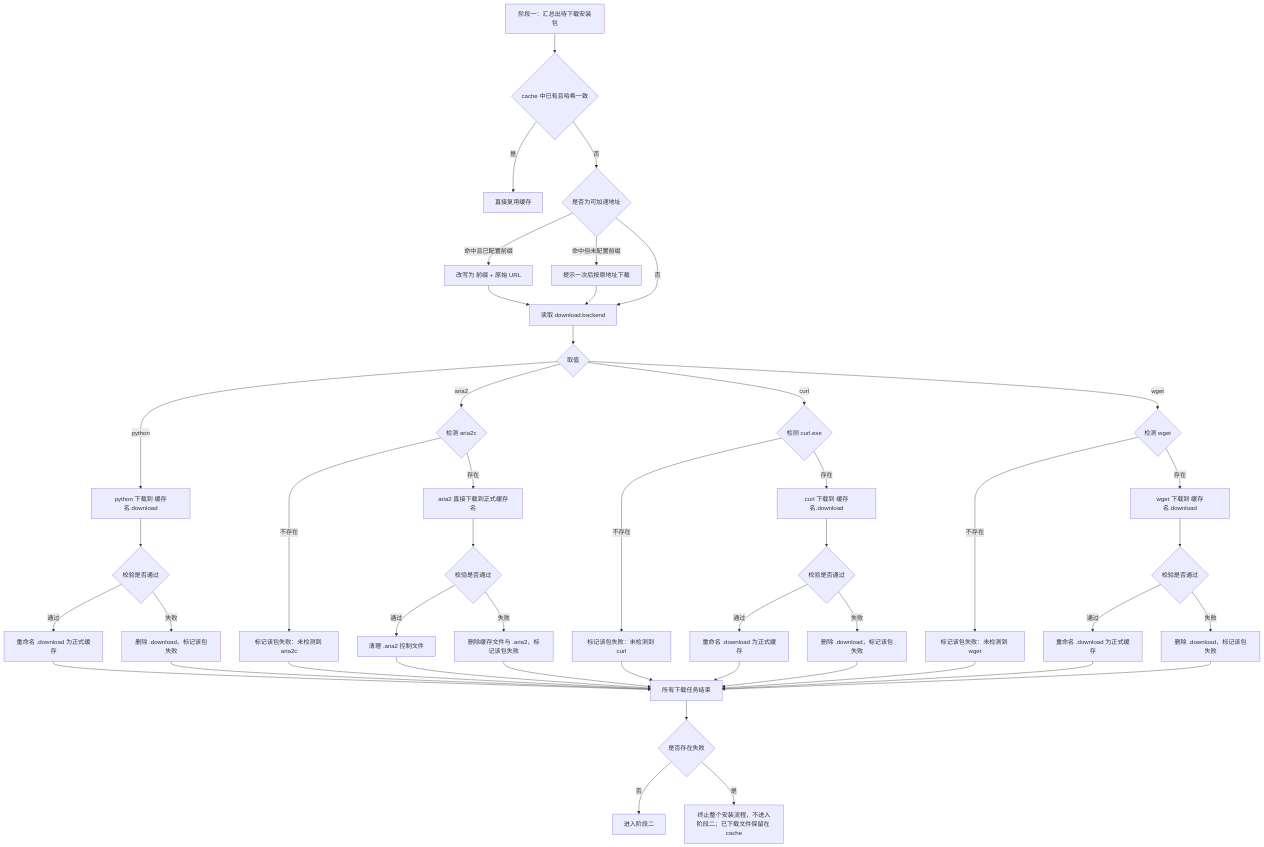
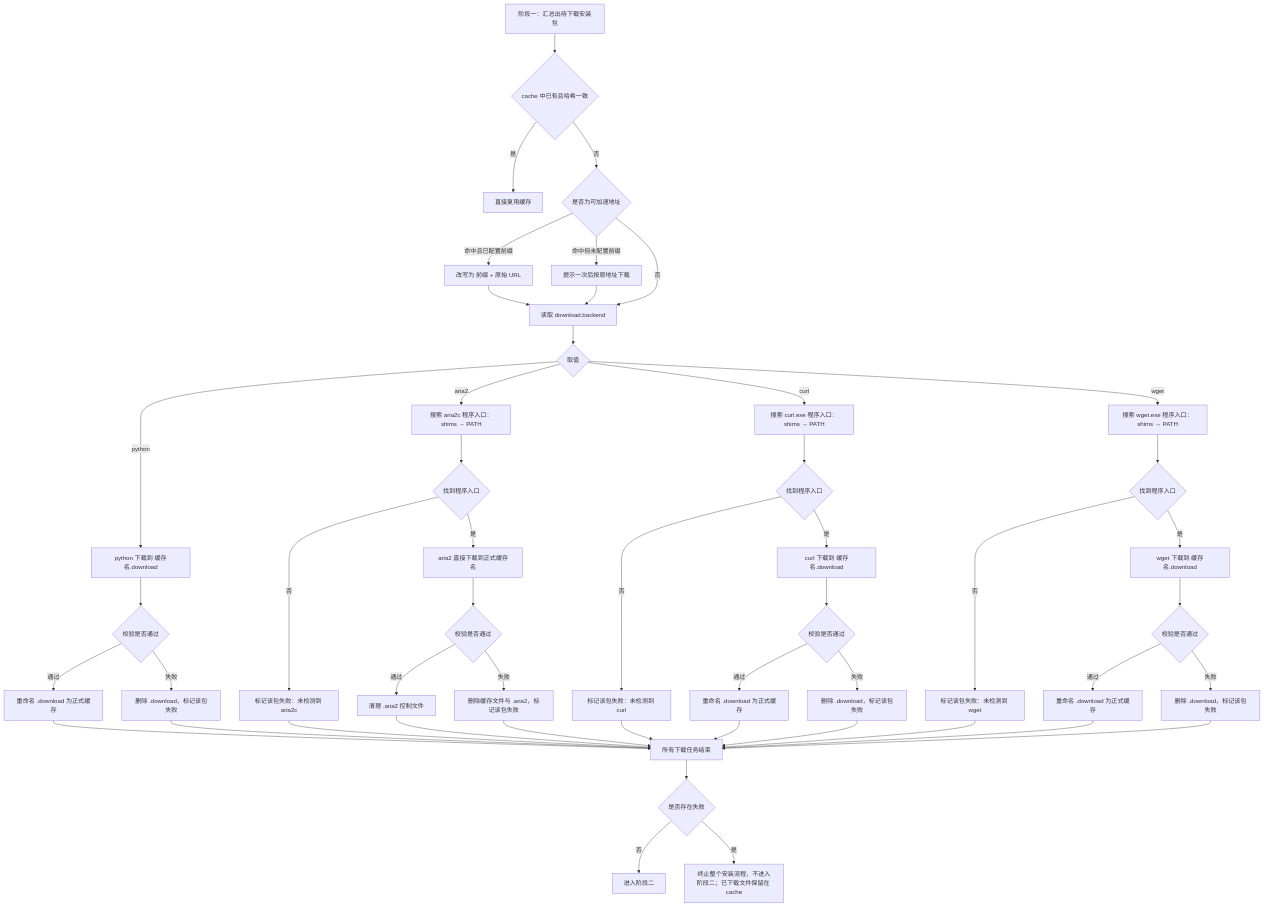
Diagram 11 of 14 in docs/design.md (Adrts/APM), drawn with Mermaid before and after one commit. The commit also changed other lines of this file and 1 other file, not shown here.

Commit message:
更新外部调用搜索逻辑

````diff
--- a/docs/design.md
+++ b/docs/design.md
@@ -1021,53 +1022,56 @@
 ```mermaid
 flowchart TD
     A["阶段一：汇总出待下载安装包"] --> B{"cache 中已有且哈希一致"}
     B -->|"是"| C["直接复用缓存"]
     B -->|"否"| M{"是否为可加速地址"}
     M -->|"命中且已配置前缀"| N["改写为 前缀 + 原始 URL"]
     M -->|"命中但未配置前缀"| M2["提示一次后按原地址下载"]
     M -->|"否"| D["读取 download.backend"]
     N --> D
     M2 --> D
     D --> E{"取值"}
 
     E -->|"python"| P0["python 下载到 缓存名.download"]
     P0 --> P1{"校验是否通过"}
     P1 -->|"通过"| P2["重命名 .download 为正式缓存"]
     P1 -->|"失败"| PF["删除 .download，标记该包失败"]
     P2 --> Q["所有下载任务结束"]
 
-    E -->|"aria2"| A0{"检测 aria2c"}
-    A0 -->|"不存在"| AE["标记该包失败：未检测到 aria2c"]
-    A0 -->|"存在"| A1["aria2 直接下载到正式缓存名"]
+    E -->|"aria2"| A0["搜索 aria2c 程序入口：shims → PATH"]
+    A0 --> A0E{"找到程序入口"}
+    A0E -->|"否"| AE["标记该包失败：未检测到 aria2c"]
+    A0E -->|"是"| A1["aria2 直接下载到正式缓存名"]
     A1 --> A2{"校验是否通过"}
     A2 -->|"通过"| A3["清理 .aria2 控制文件"]
     A2 -->|"失败"| AF["删除缓存文件与 .aria2，标记该包失败"]
     A3 --> Q
     AE --> Q
 
-    E -->|"curl"| C0{"检测 curl.exe"}
-    C0 -->|"不存在"| CE["标记该包失败：未检测到 curl"]
-    C0 -->|"存在"| C1["curl 下载到 缓存名.download"]
+    E -->|"curl"| C0["搜索 curl.exe 程序入口：shims → PATH"]
+    C0 --> C0E{"找到程序入口"}
+    C0E -->|"否"| CE["标记该包失败：未检测到 curl"]
+    C0E -->|"是"| C1["curl 下载到 缓存名.download"]
     C1 --> C2{"校验是否通过"}
     C2 -->|"通过"| C3["重命名 .download 为正式缓存"]
     C2 -->|"失败"| CF["删除 .download，标记该包失败"]
     C3 --> Q
     CE --> Q
 
-    E -->|"wget"| W0{"检测 wget"}
-    W0 -->|"不存在"| WE["标记该包失败：未检测到 wget"]
-    W0 -->|"存在"| W1["wget 下载到 缓存名.download"]
+    E -->|"wget"| W0["搜索 wget.exe 程序入口：shims → PATH"]
+    W0 --> W0E{"找到程序入口"}
+    W0E -->|"否"| WE["标记该包失败：未检测到 wget"]
+    W0E -->|"是"| W1["wget 下载到 缓存名.download"]
     W1 --> W2{"校验是否通过"}
     W2 -->|"通过"| W3["重命名 .download 为正式缓存"]
     W2 -->|"失败"| WF["删除 .download，标记该包失败"]
     W3 --> Q
     WE --> Q
 
     PF --> Q
     AF --> Q
     CF --> Q
     WF --> Q
     Q --> R{"是否存在失败"}
     R -->|"否"| Z["进入阶段二"]
     R -->|"是"| S["终止整个安装流程，不进入阶段二；已下载文件保留在 cache"]
 ```
````
